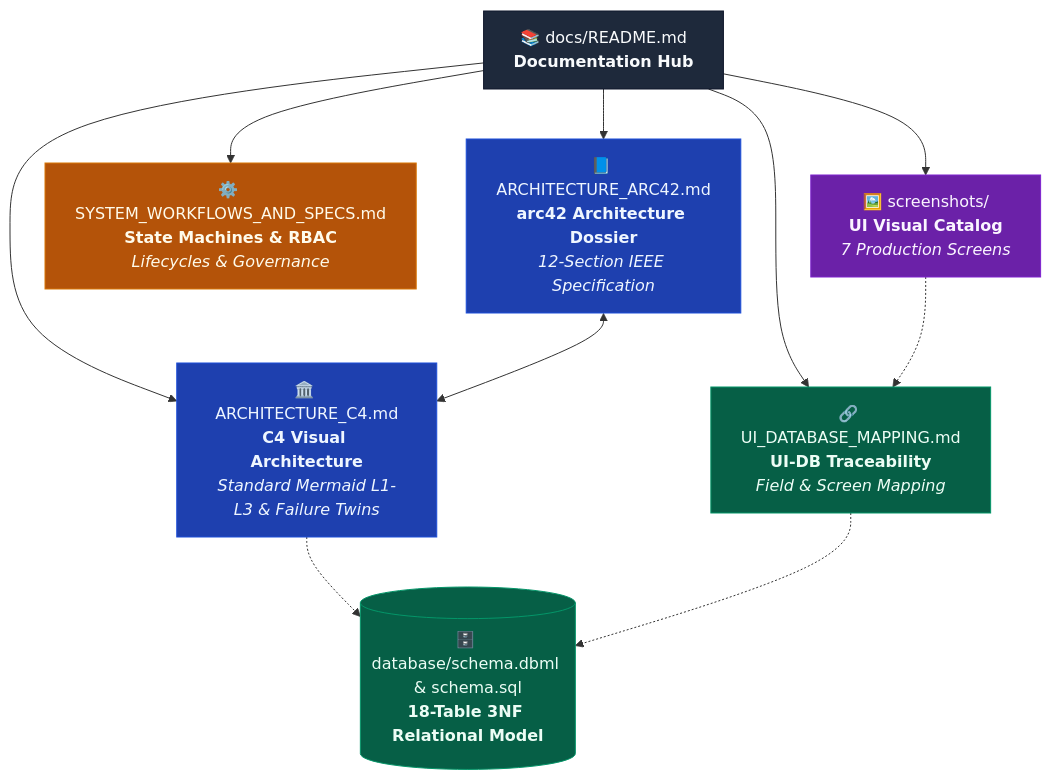
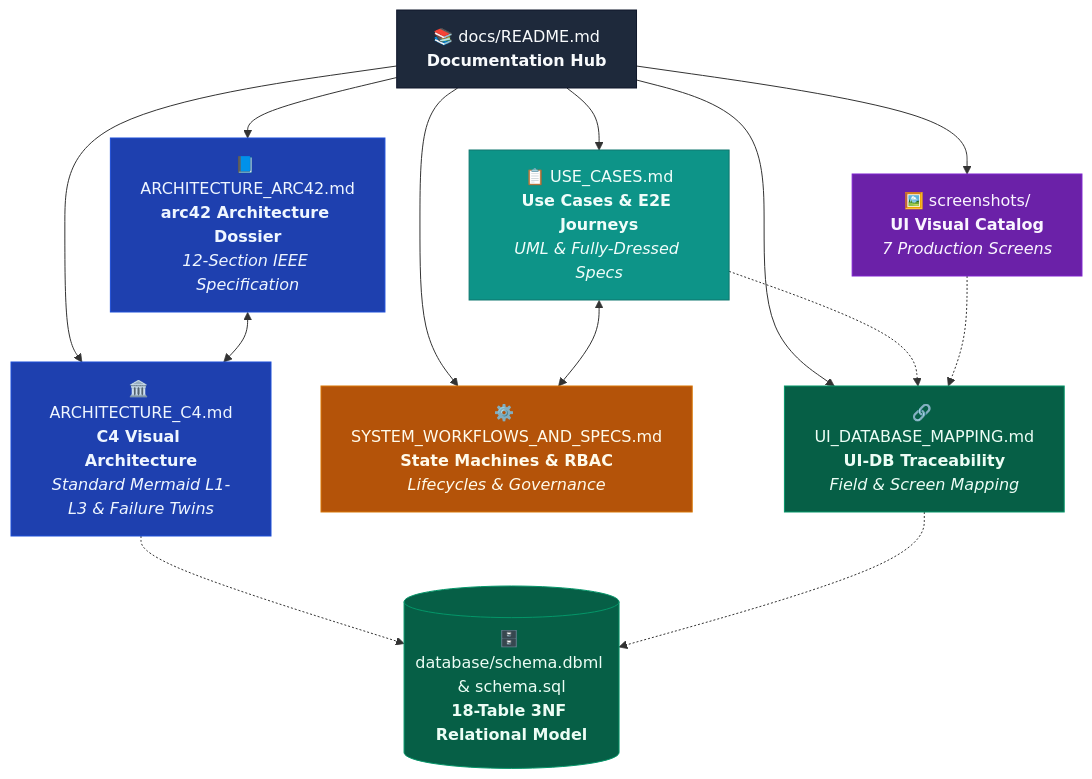
Before and after one commit to QuanAnh280605/NguyenAnhQuan-Household-Management: the diagram in docs/README.md, drawn with Mermaid. The commit also changed other lines of this file and 21 other files, not shown here.

Commit message:
feat: initialize apartment management platform with core layout, feature pages, and architecture documentation

````diff
--- a/docs/README.md
+++ b/docs/README.md
@@ -5,29 +5,34 @@
 ```mermaid
 flowchart TD
     Hub["📚 docs/README.md<br/><b>Documentation Hub</b>"]
     
     Arc42["📘 ARCHITECTURE_ARC42.md<br/><b>arc42 Architecture Dossier</b><br/><i>12-Section IEEE Specification</i>"]
     C4["🏛️ ARCHITECTURE_C4.md<br/><b>C4 Visual Architecture</b><br/><i>Standard Mermaid L1-L3 & Failure Twins</i>"]
+    UseCases["📋 USE_CASES.md<br/><b>Use Cases & E2E Journeys</b><br/><i>UML & Fully-Dressed Specs</i>"]
     Specs["⚙️ SYSTEM_WORKFLOWS_AND_SPECS.md<br/><b>State Machines & RBAC</b><br/><i>Lifecycles & Governance</i>"]
     Trace["🔗 UI_DATABASE_MAPPING.md<br/><b>UI-DB Traceability</b><br/><i>Field & Screen Mapping</i>"]
     Shots["🖼️ screenshots/<br/><b>UI Visual Catalog</b><br/><i>7 Production Screens</i>"]
     DB[("🗄️ database/schema.dbml & schema.sql<br/><b>18-Table 3NF Relational Model</b>")]
 
     Hub --> Arc42
     Hub --> C4
+    Hub --> UseCases
     Hub --> Specs
     Hub --> Trace
     Hub --> Shots
     Arc42 <--> C4
+    UseCases <--> Specs
     C4 -.-> DB
     Trace -.-> DB
+    UseCases -.-> Trace
     Shots -.-> Trace
 
     style Hub fill:#1e293b,stroke:#0f172a,color:#f8fafc
     style Arc42 fill:#1e40af,stroke:#1d4ed8,color:#eff6ff
     style C4 fill:#1e40af,stroke:#1d4ed8,color:#eff6ff
+    style UseCases fill:#0d9488,stroke:#0f766e,color:#f0fdfa
     style Specs fill:#b45309,stroke:#d97706,color:#fffbeb
     style DB fill:#065f46,stroke:#059669,color:#ecfdf5
     style Trace fill:#065f46,stroke:#059669,color:#ecfdf5
     style Shots fill:#6b21a8,stroke:#7e22ce,color:#faf5ff
 ```
````
